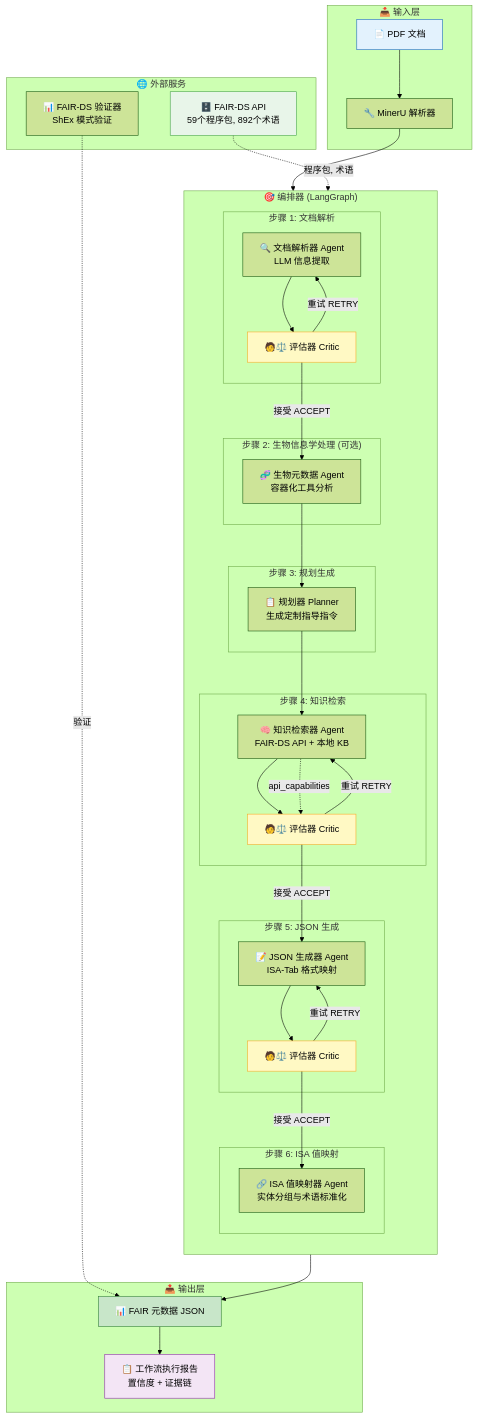
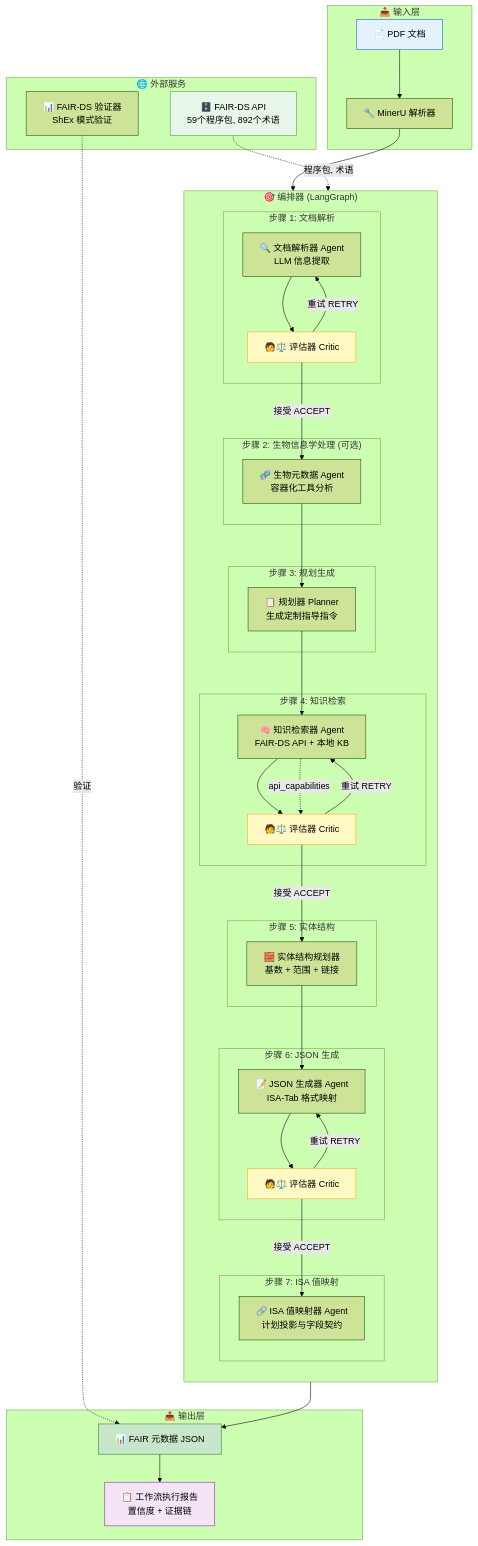
One commit to ElderMedic/FAIRiAgent changed the diagram in docs/zh/ARCHITECTURE_AND_FLOW.md. Above: the diagram before and after it, drawn with Mermaid (forest theme). The commit also changed other lines of this file and 11 other files, not shown here.

````diff
--- a/docs/zh/ARCHITECTURE_AND_FLOW.md
+++ b/docs/zh/ARCHITECTURE_AND_FLOW.md
@@ -11,75 +11,80 @@
 ```mermaid
 flowchart TD
     subgraph INPUT["📥 输入层"]
         A[📄 PDF 文档]
         M[🔧 MinerU 解析器]
         A --> M
     end
     
     subgraph ORCHESTRATOR["🎯 编排器 (LangGraph)"]
         direction TB
         
         subgraph PARSE["步骤 1: 文档解析"]
             B[🔍 文档解析器 Agent<br/>LLM 信息提取]
             C1[🧑⚖️ 评估器 Critic]
             B --> C1
         end
         
         subgraph BIO["步骤 2: 生物信息学处理 (可选)"]
             G[🧬 生物元数据 Agent<br/>容器化工具分析]
         end
         
         subgraph PLAN["步骤 3: 规划生成"]
             D[📋 规划器 Planner<br/>生成定制指导指令]
         end
         
         subgraph RETRIEVE["步骤 4: 知识检索"]
             E[🧠 知识检索器 Agent<br/>FAIR-DS API + 本地 KB]
             C2[🧑⚖️ 评估器 Critic]
             E --> C2
         end
         
-        subgraph GENERATE["步骤 5: JSON 生成"]
+        subgraph ENTITY["步骤 5: 实体结构"]
+            E2[🧱 实体结构规划器<br/>基数 + 范围 + 链接]
+        end
+
+        subgraph GENERATE["步骤 6: JSON 生成"]
             F[📝 JSON 生成器 Agent<br/>ISA-Tab 格式映射]
             C3[🧑⚖️ 评估器 Critic]
             F --> C3
         end
         
-        subgraph MAP["步骤 6: ISA 值映射"]
-            H[🔗 ISA 值映射器 Agent<br/>实体分组与术语标准化]
+        subgraph MAP["步骤 7: ISA 值映射"]
+            H[🔗 ISA 值映射器 Agent<br/>计划投影与字段契约]
         end
     end
     
     subgraph EXTERNAL["🌐 外部服务"]
         API[🗄️ FAIR-DS API<br/>59个程序包, 892个术语]
         FAIR[📊 FAIR-DS 验证器<br/>ShEx 模式验证]
     end
     
     subgraph OUTPUT["📤 输出层"]
         J[📊 FAIR 元数据 JSON]
         R[📋 工作流执行报告<br/>置信度 + 证据链]
     end
     
     M --> B
     C1 -->|接受 ACCEPT| G
     C1 -->|重试 RETRY| B
     G --> D
     D --> E
     API -.->|程序包, 术语| E
     E -.->|api_capabilities| C2
-    C2 -->|接受 ACCEPT| F
+    C2 -->|接受 ACCEPT| E2
     C2 -->|重试 RETRY| E
+    E2 --> F
     C3 -->|接受 ACCEPT| H
     C3 -->|重试 RETRY| F
     H --> J
     J --> R
     FAIR -.->|验证| J
     
     style A fill:#e3f2fd,stroke:#1565c0
     style J fill:#c8e6c9,stroke:#2e7d32
     style C1 fill:#fff9c4,stroke:#f9a825
     style C2 fill:#fff9c4,stroke:#f9a825
     style C3 fill:#fff9c4,stroke:#f9a825
     style API fill:#e8f5e9,stroke:#43a047
     style R fill:#f3e5f5,stroke:#8e24aa
 ```
````
